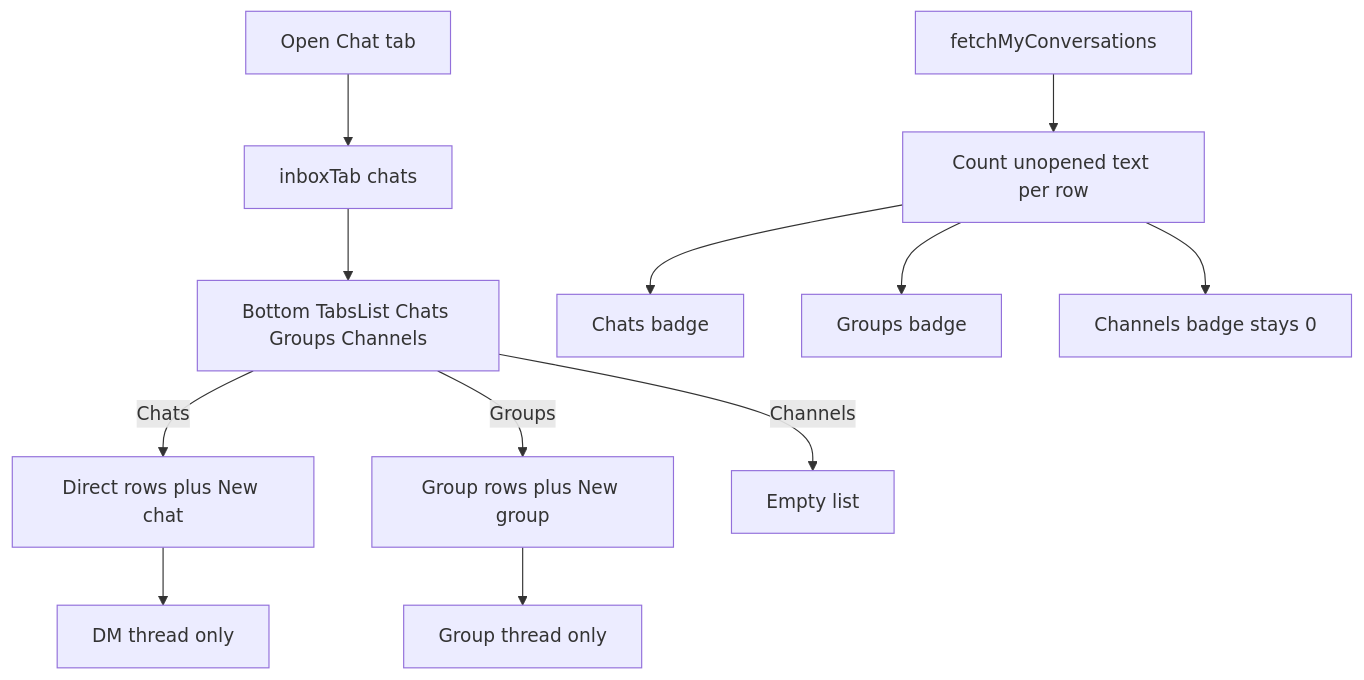
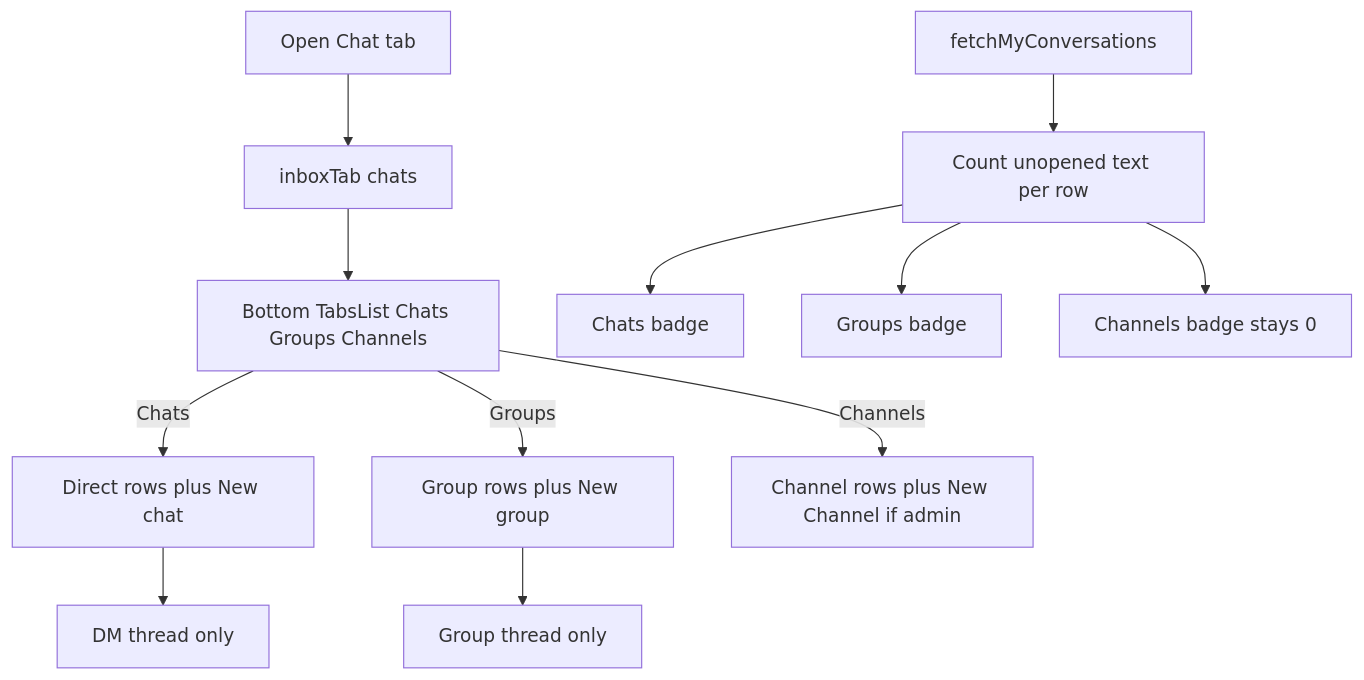
One commit to Mayur8291/Printing-Tracker changed diagram 28 of 32 in docs/FLOWCHARTS.md. Above: the diagram before and after it, drawn with Mermaid. The commit also changed other lines of this file and 16 other files, not shown here.

Commit message:
Add org-wide chat channels with admin-only posting.

````diff
--- a/docs/FLOWCHARTS.md
+++ b/docs/FLOWCHARTS.md
@@ -618,14 +618,14 @@
 ```mermaid
 flowchart TD
   Open[Open Chat tab] --> Default[inboxTab chats]
   Default --> Bar[Bottom TabsList Chats Groups Channels]
   Bar -->|Chats| List[Direct rows plus New chat]
   List --> Thread[DM thread only]
   Bar -->|Groups| GroupsPane[Group rows plus New group]
   GroupsPane --> GroupThread[Group thread only]
-  Bar -->|Channels| ChanPane[Empty list]
+  Bar -->|Channels| ChanPane[Channel rows plus New Channel if admin]
   Fetch[fetchMyConversations] --> Count[Count unopened text per row]
   Count --> ChatsBadge[Chats badge]
   Count --> GroupsBadge[Groups badge]
   Count --> ChanBadge[Channels badge stays 0]
 ```
````
